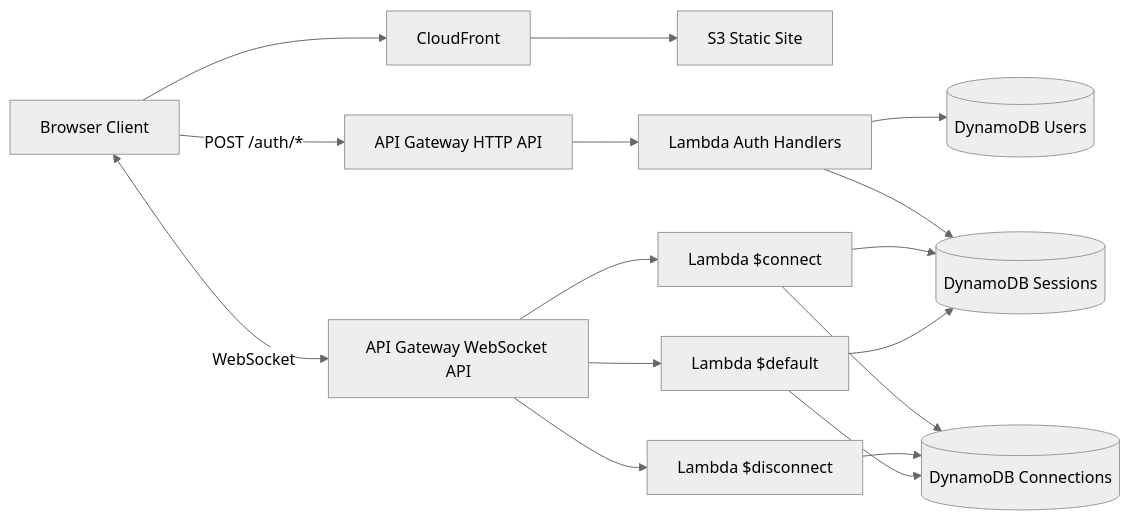
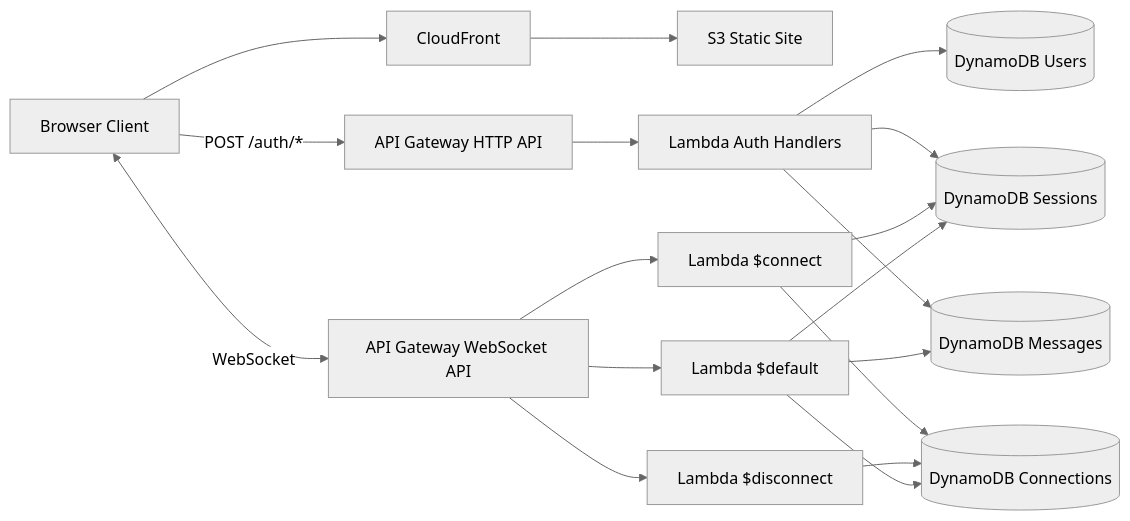
The diagram in infra/aws/README.md (stigmergist/VibeArch), drawn with Mermaid (neutral theme) before and after one commit. The commit also changed other lines of this file and 20 other files, not shown here.

````diff
--- a/infra/aws/README.md
+++ b/infra/aws/README.md
@@ -13,18 +13,20 @@
 ```mermaid
 flowchart LR
     Browser[Browser Client] --> CF[CloudFront]
     CF --> S3[S3 Static Site]
     Browser -->|POST /auth/*| HTTP[API Gateway HTTP API]
     HTTP --> Auth[Lambda Auth Handlers]
     Browser <-->|WebSocket| WS[API Gateway WebSocket API]
     WS --> Connect[Lambda $connect]
     WS --> Disconnect[Lambda $disconnect]
    WS --> Message[Lambda $default]
     Auth --> Users[(DynamoDB Users)]
     Auth --> Sessions[(DynamoDB Sessions)]
+   Auth --> Messages[(DynamoDB Messages)]
     Connect --> Sessions
     Connect --> Connections[(DynamoDB Connections)]
     Disconnect --> Connections
+   Message --> Messages
     Message --> Connections
     Message --> Sessions
 ```
````
